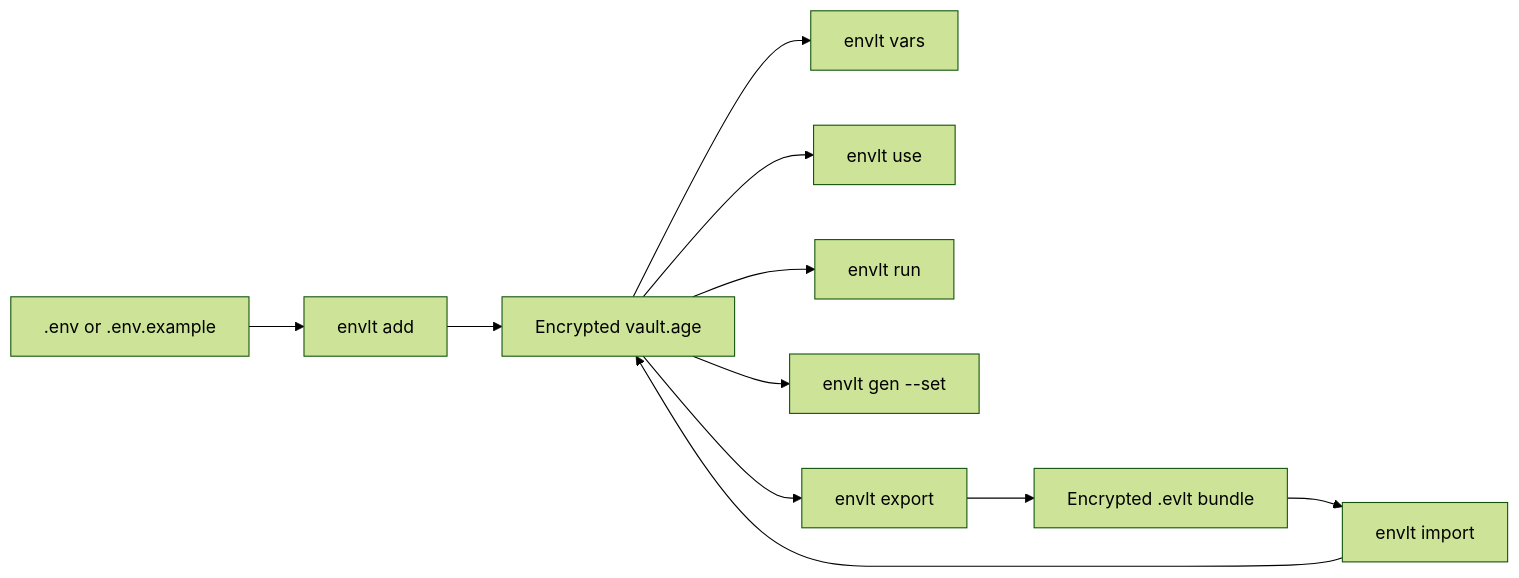
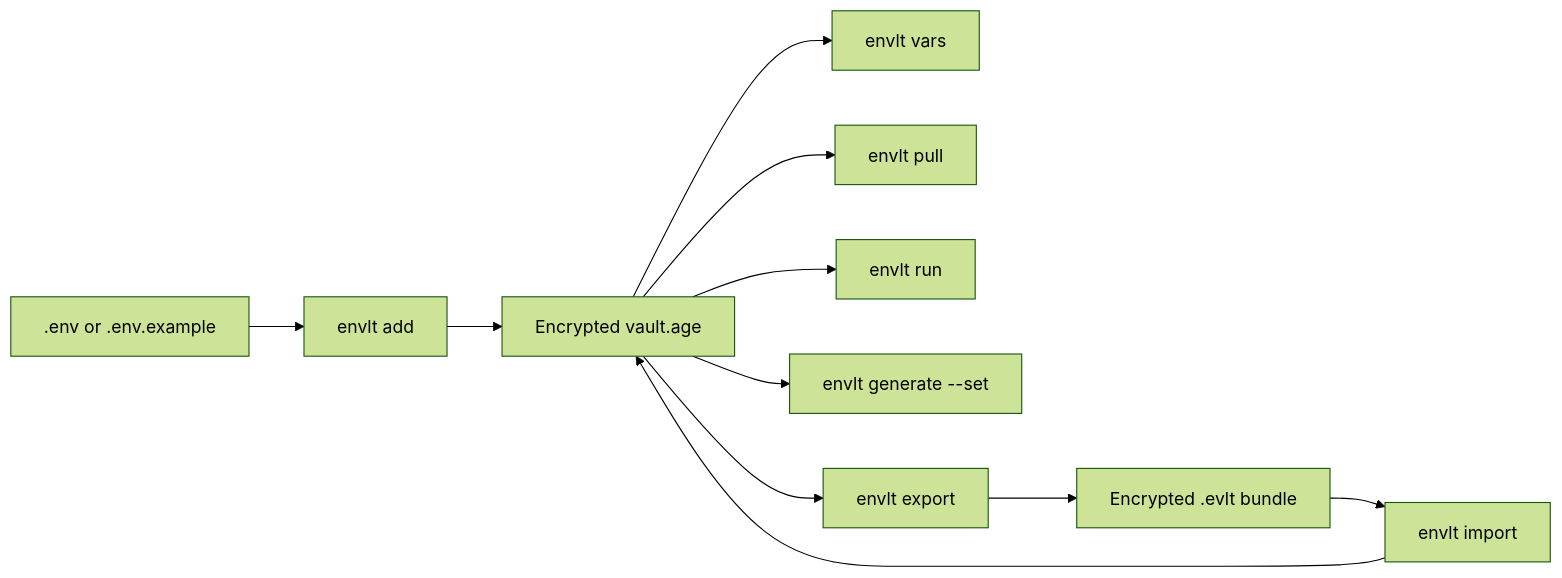
One commit to obsidia-systems/envlt changed the diagram in README.md. Above: the diagram before and after it, drawn with Mermaid (forest theme). The commit also changed other lines of this file and 16 other files, not shown here.

First line of the commit message:
Refactor CLI commands from `gen` to `generate` for consistency and clarity

````diff
--- a/README.md
+++ b/README.md
@@ -193,13 +193,13 @@
 ```mermaid
 flowchart LR
     A[.env or .env.example] --> B[envlt add]
     B --> C[Encrypted vault.age]
     C --> D[envlt vars]
-    C --> E[envlt use]
+    C --> E[envlt pull]
     C --> F[envlt run]
-    C --> G[envlt gen --set]
+    C --> G[envlt generate --set]
     C --> H[envlt export]
     H --> I[Encrypted .evlt bundle]
     I --> J[envlt import]
     J --> C
 ```
````
